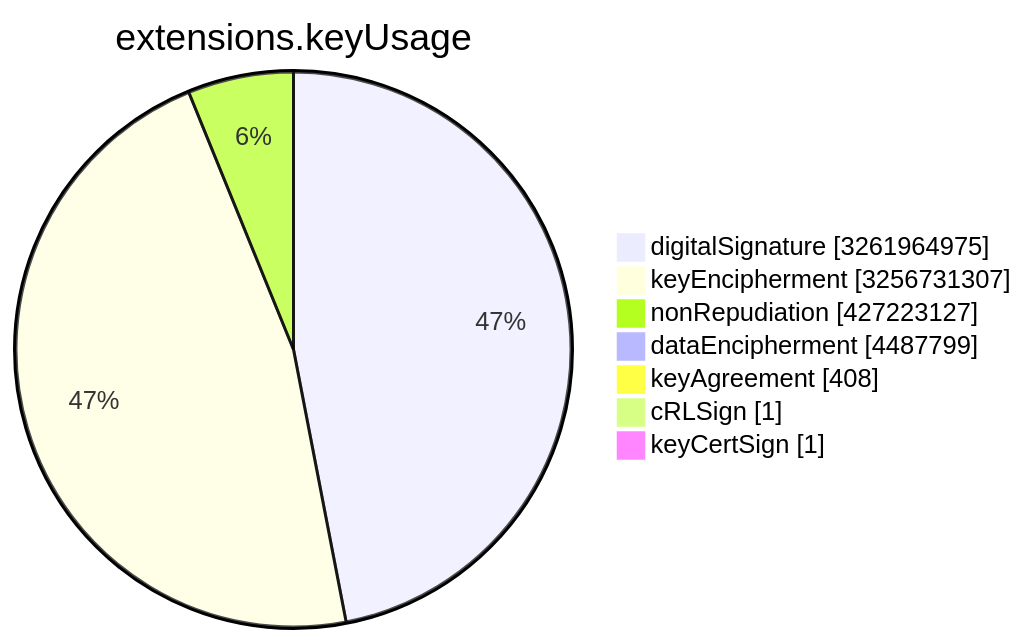
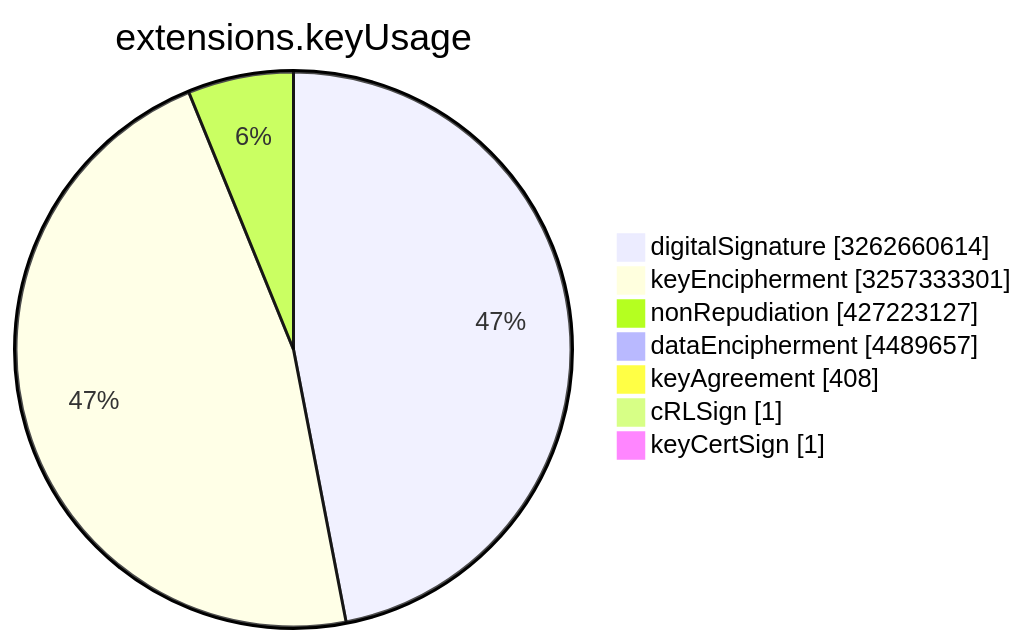
The sixth of 15 diagrams in TOTAL/README.md (christiankrug/ctmonitor_visualization), drawn with Mermaid before and after one commit. The commit also changed other lines of this file, not shown here.

````diff
--- a/TOTAL/README.md
+++ b/TOTAL/README.md
@@ -3078,11 +3078,11 @@
 ```mermaid
 pie showData
 title extensions.keyUsage
-"digitalSignature" :3261964975
-"keyEncipherment" :3256731307
+"digitalSignature" :3262660614
+"keyEncipherment" :3257333301
 "nonRepudiation" :427223127
-"dataEncipherment" :4487799
+"dataEncipherment" :4489657
 "keyAgreement" :408
 "cRLSign" :1
 "keyCertSign" :1
 ```
````
